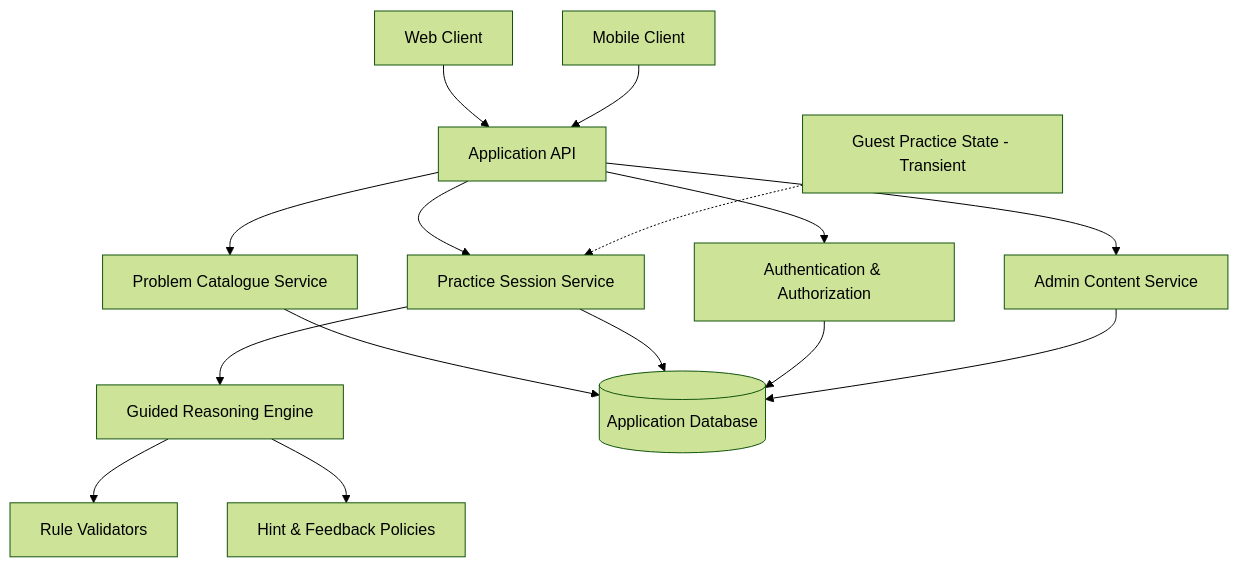
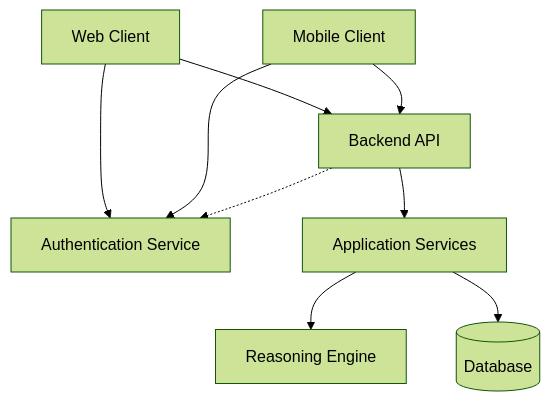
The diagram in docs/project/architecture.md (autumnwix/AlgoBridge), drawn with Mermaid (forest theme) before and after one commit. The commit also changed other lines of this file, not shown here.

````diff
--- a/docs/project/architecture.md
+++ b/docs/project/architecture.md
@@ -7,17 +26,19 @@
 ```mermaid
 flowchart TB
-  W[Web Client] --> API[Application API]
-  M[Mobile Client] --> API
-  API --> AUTH[Authentication & Authorization]
-  API --> CATALOG[Problem Catalogue Service]
-  API --> SESSION[Practice Session Service]
-  SESSION --> ENGINE[Guided Reasoning Engine]
-  ENGINE --> RULES[Rule Validators]
-  ENGINE --> FEEDBACK[Hint & Feedback Policies]
-  CATALOG --> DB[(Application Database)]
-  SESSION --> DB
-  AUTH --> DB
-  API --> ADMIN[Admin Content Service]
-  ADMIN --> DB
-  GUEST[Guest Practice State - Transient] -.-> SESSION
+  WEB[Web Client]
+  MOBILE[Mobile Client]
+  AUTH[Authentication Service]
+  API[Backend API]
+  SERVICES[Application Services]
+  ENGINE[Reasoning Engine]
+  DB[(Database)]
+  
+  WEB --> AUTH
+  MOBILE --> AUTH
+  WEB --> API
+  MOBILE --> API
+  API --> SERVICES
+  SERVICES --> ENGINE
+  SERVICES --> DB
+  API -.-> AUTH
 ```
````
